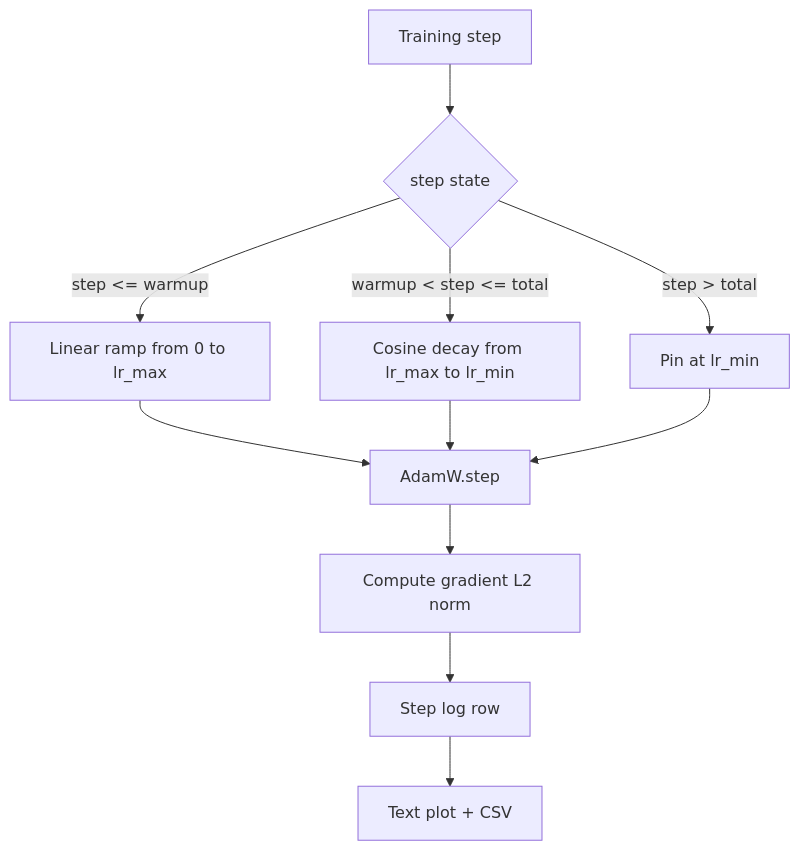
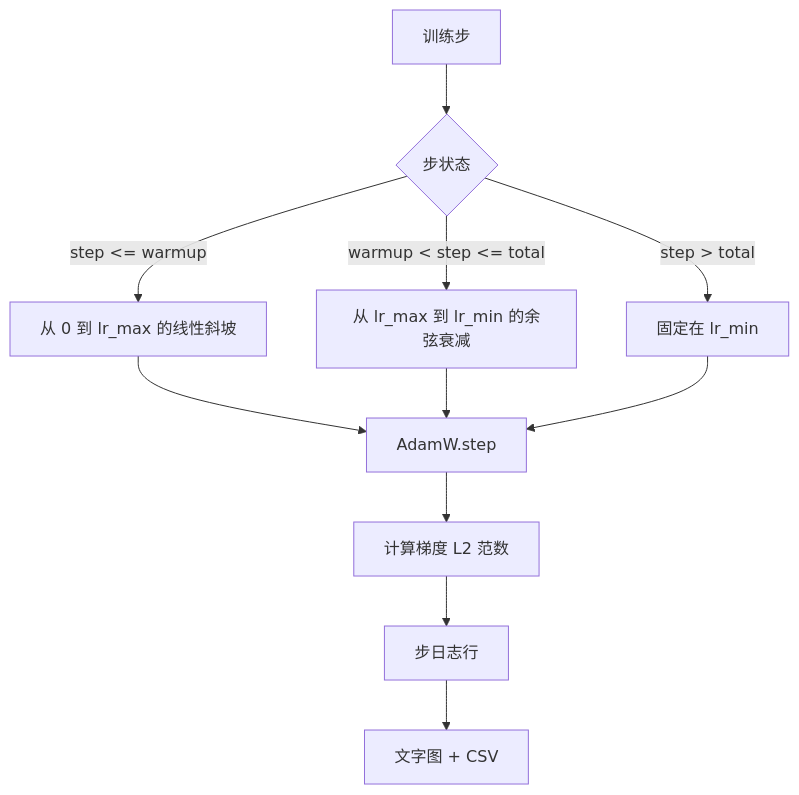
One commit to guangningsun/ailearning changed the diagram in lessons/19-capstone-projects/44-cosine-lr-warmup/docs/zh.md. Above: the diagram before and after it, drawn with Mermaid. The commit also changed other lines of this file and 85 other files, not shown here.

````diff
--- a/lessons/19-capstone-projects/44-cosine-lr-warmup/docs/zh.md
+++ b/lessons/19-capstone-projects/44-cosine-lr-warmup/docs/zh.md
@@ -27,13 +27,13 @@
 ```mermaid
 flowchart TD
-  Step[Training step] --> Branch{step state}
-  Branch -- step <= warmup --> Linear[Linear ramp from 0 to lr_max]
-  Branch -- warmup < step <= total --> Cosine[Cosine decay from lr_max to lr_min]
-  Branch -- step > total --> Floor[Pin at lr_min]
+  Step[训练步] --> Branch{步状态}
+  Branch -- step <= warmup --> Linear[从 0 到 lr_max 的线性斜坡]
+  Branch -- warmup < step <= total --> Cosine[从 lr_max 到 lr_min 的余弦衰减]
+  Branch -- step > total --> Floor[固定在 lr_min]
   Linear --> Apply[AdamW.step]
   Cosine --> Apply
   Floor --> Apply
-  Apply --> GradNorm[Compute gradient L2 norm]
-  GradNorm --> Log[Step log row]
-  Log --> Plot[Text plot + CSV]
+  Apply --> GradNorm[计算梯度 L2 范数]
+  GradNorm --> Log[步日志行]
+  Log --> Plot[文字图 + CSV]
 ```
````
